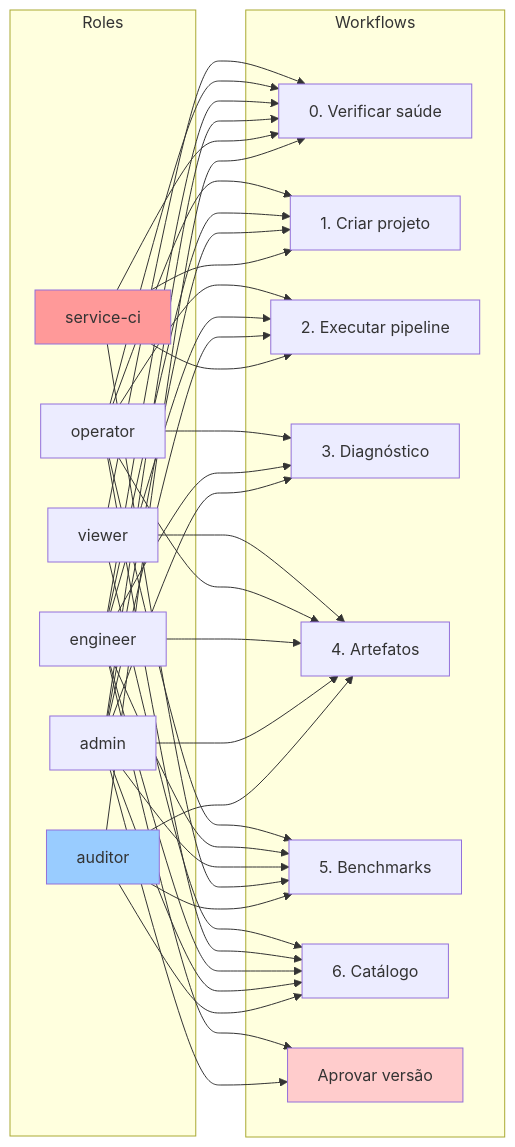
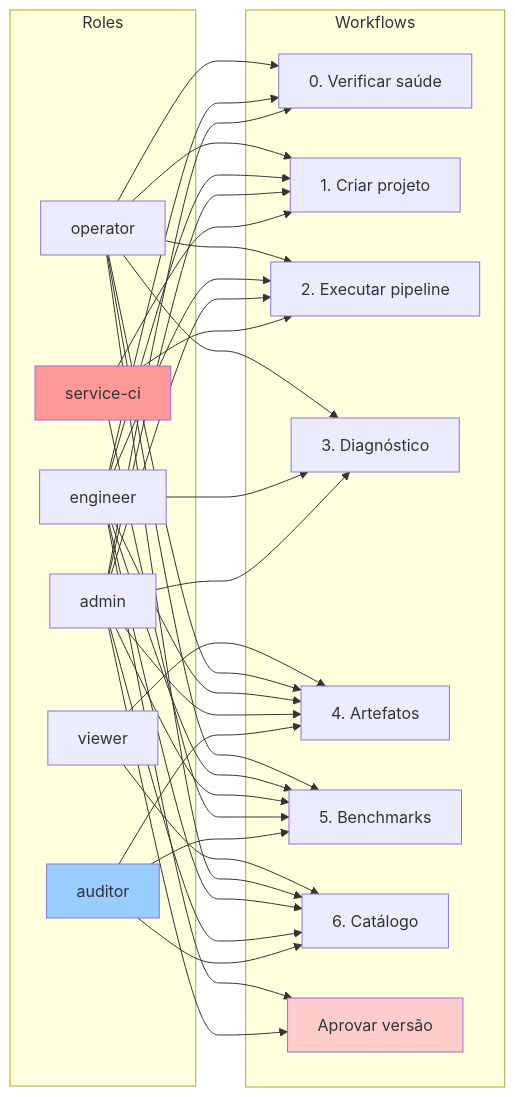
Before and after one commit to brunolnetto/concilium: the second of 2 diagrams in docs/product/3-reference_files/tutoriais/ROLES-WORKFLOWS-MAPPING.md, drawn with Mermaid. The commit also changed other lines of this file and 1 other file, not shown here.

````diff
--- a/docs/product/3-reference_files/tutoriais/ROLES-WORKFLOWS-MAPPING.md
+++ b/docs/product/3-reference_files/tutoriais/ROLES-WORKFLOWS-MAPPING.md
@@ -210,68 +218,65 @@
 ```mermaid
 graph LR
     subgraph Roles
         V[viewer]
         O[operator]
         E[engineer]
         A[admin]
         SC[service-ci]
         AU[auditor]
     end
     
     subgraph Workflows
         W0[0. Verificar saúde]
         W1[1. Criar projeto]
         W2[2. Executar pipeline]
         W3[3. Diagnóstico]
         W4[4. Artefatos]
         W5[5. Benchmarks]
         W6[6. Catálogo]
         WA[Aprovar versão]
     end
     
-    V --> W0
     O --> W0
     E --> W0
     A --> W0
-    SC --> W0
-    AU --> W0
     
     O --> W1
     E --> W1
     A --> W1
     SC --> W1
     
     O --> W2
     E --> W2
     A --> W2
     SC --> W2
     
     O --> W3
     E --> W3
     A --> W3
     
     V --> W4
     O --> W4
     E --> W4
     A --> W4
     AU --> W4
     
     O --> W5
     E --> W5
     A --> W5
     SC --> W5
     AU --> W5
     
     V --> W6
     O --> W6
     E --> W6
     A --> W6
     AU --> W6
     
     E --> WA
     A --> WA
     
     style SC fill:#ff9999
     style AU fill:#99ccff
     style WA fill:#ffcccc
 ```
````
